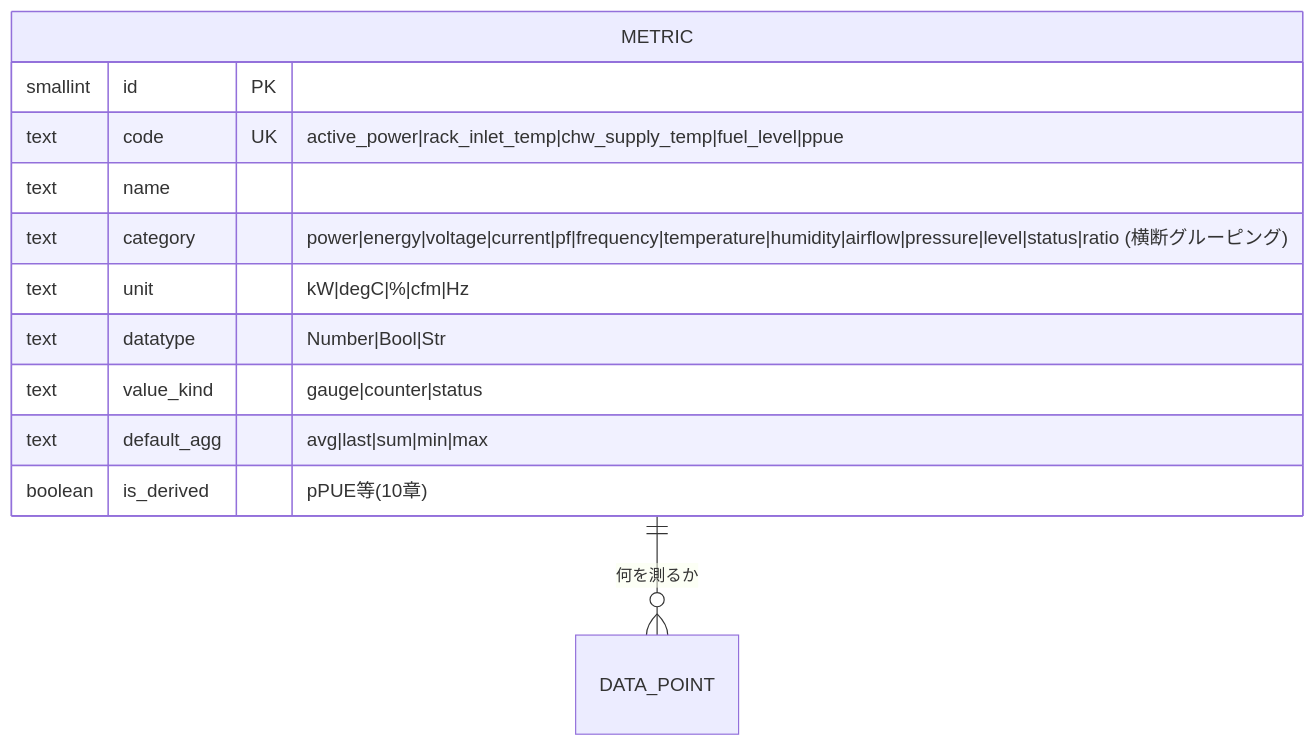
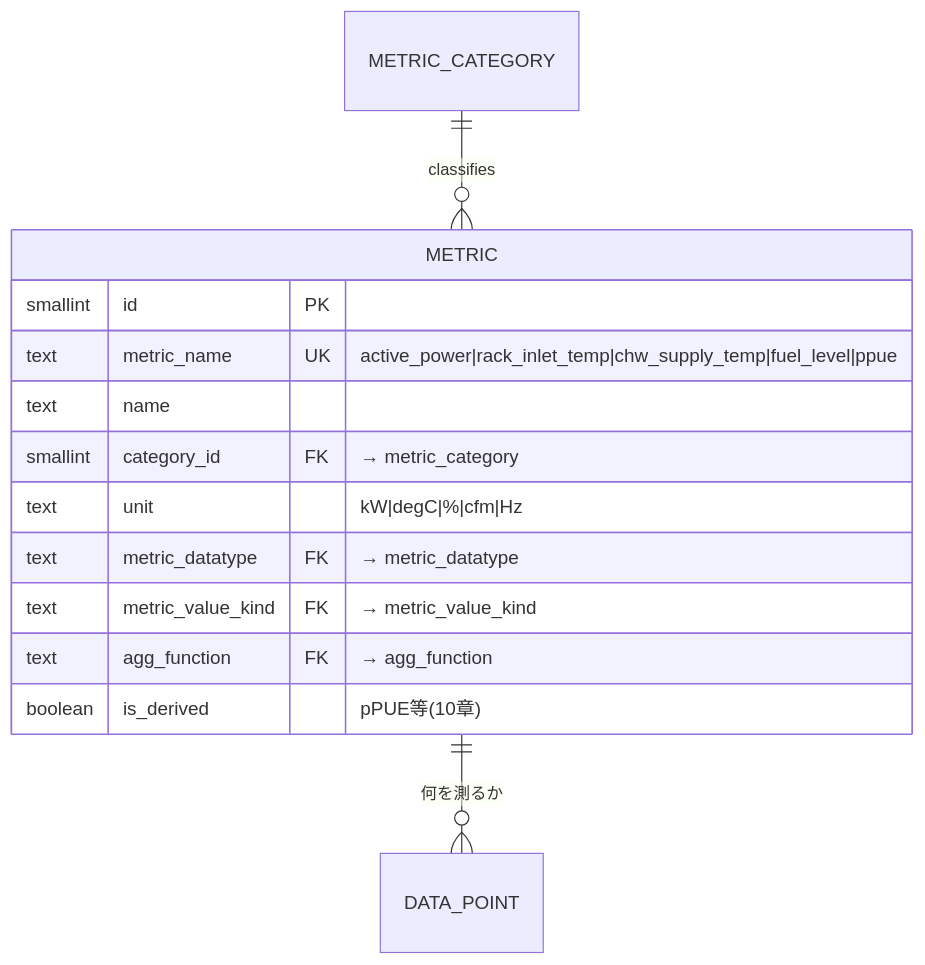
Before and after one commit to hn-11/dcim-schema-design: the fourth of 11 diagrams in 03-finalists.md, drawn with Mermaid. The commit also changed other lines of this file and 8 other files, not shown here.

First line of the commit message:
refactor(schema): 論理グルーピング追加 + 型制約全面改訂 + 構造リファクタ

````diff
--- a/03-finalists.md
+++ b/03-finalists.md
@@ -265,15 +279,16 @@
 ```mermaid
 erDiagram
+    METRIC_CATEGORY ||--o{ METRIC : classifies
     METRIC ||--o{ DATA_POINT : "何を測るか"
     METRIC {
         smallint id PK
-        text code UK "active_power|rack_inlet_temp|chw_supply_temp|fuel_level|ppue"
+        text metric_name UK "active_power|rack_inlet_temp|chw_supply_temp|fuel_level|ppue"
         text name
-        text category "power|energy|voltage|current|pf|frequency|temperature|humidity|airflow|pressure|level|status|ratio (横断グルーピング)"
+        smallint category_id FK "→ metric_category"
         text unit "kW|degC|%|cfm|Hz"
-        text datatype "Number|Bool|Str"
-        text value_kind "gauge|counter|status"
-        text default_agg "avg|last|sum|min|max"
+        text metric_datatype FK "→ metric_datatype"
+        text metric_value_kind FK "→ metric_value_kind"
+        text agg_function FK "→ agg_function"
         boolean is_derived "pPUE等(10章)"
     }
 ```
````
